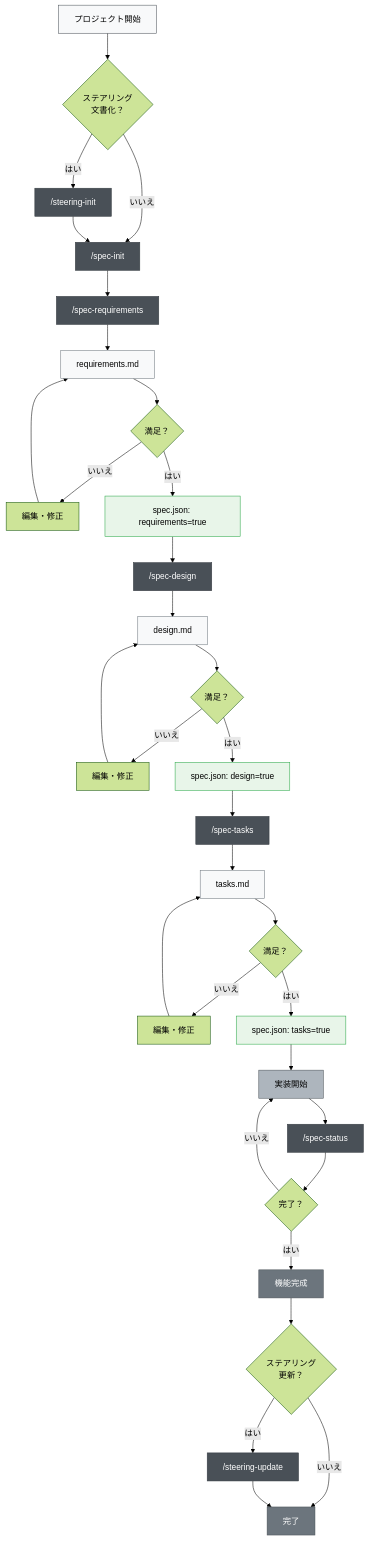
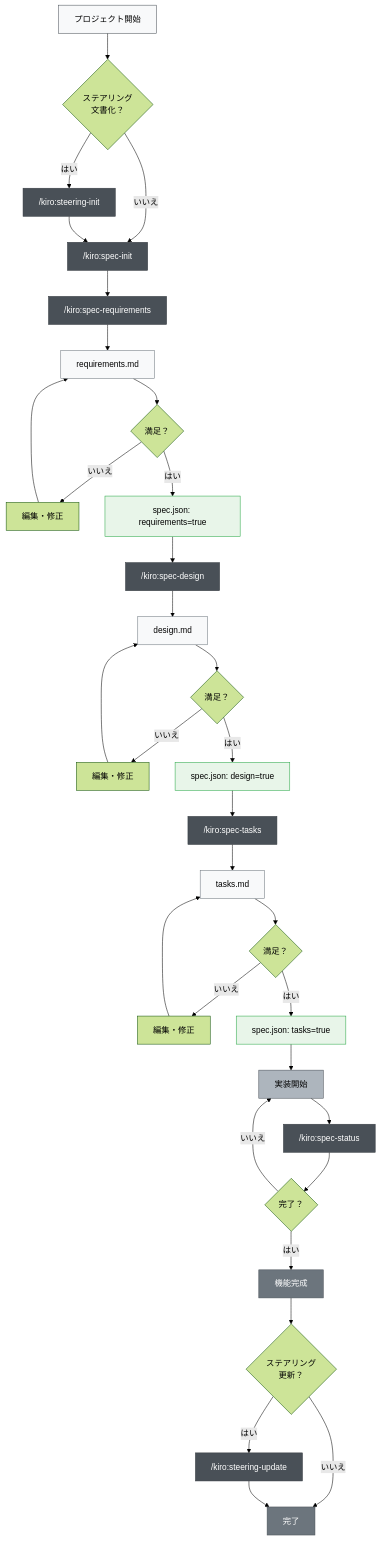
One commit to yi-john-huang/amazonq-spec changed the first of 2 diagrams in README.md. Above: the diagram before and after it, drawn with Mermaid (forest theme). The commit also changed other lines of this file and 15 other files, not shown here.

````diff
--- a/README.md
+++ b/README.md
@@ -120,58 +120,58 @@
 ```mermaid
 graph TD
     A["プロジェクト開始"] --> B{"ステアリング<br/>文書化？"}
-    B -->|はい| C["/steering-init"]
-    B -->|いいえ| D["/spec-init"]
+    B -->|はい| C["/kiro:steering-init"]
+    B -->|いいえ| D["/kiro:spec-init"]
     C --> D
     
-    D --> E["/spec-requirements"]
+    D --> E["/kiro:spec-requirements"]
     E --> F["requirements.md"]
     F --> G{"満足？"}
     G -->|いいえ| G1["編集・修正"]
     G1 --> F
     G -->|はい| H["spec.json: requirements=true"]
     
-    H --> I["/spec-design"]
+    H --> I["/kiro:spec-design"]
     I --> J["design.md"]
     J --> K{"満足？"}
     K -->|いいえ| K1["編集・修正"]
     K1 --> J
     K -->|はい| L["spec.json: design=true"]
     
-    L --> M["/spec-tasks"]
+    L --> M["/kiro:spec-tasks"]
     M --> N["tasks.md"]
     N --> O{"満足？"}
     O -->|いいえ| O1["編集・修正"]
     O1 --> N
     O -->|はい| P["spec.json: tasks=true"]
     
     P --> Q["実装開始"]
-    Q --> R["/spec-status"]
+    Q --> R["/kiro:spec-status"]
     R --> S{"完了？"}
     S -->|いいえ| Q
     S -->|はい| T["機能完成"]
     
     T --> U{"ステアリング<br/>更新？"}
-    U -->|はい| V["/steering-update"]
+    U -->|はい| V["/kiro:steering-update"]
     U -->|いいえ| W["完了"]
     V --> W
     
     %% スタイル定義
     style A fill:#f8f9fa,stroke:#495057
     style C fill:#495057,stroke:#343a40,color:#ffffff
     style D fill:#495057,stroke:#343a40,color:#ffffff
     style E fill:#495057,stroke:#343a40,color:#ffffff
     style I fill:#495057,stroke:#343a40,color:#ffffff
     style M fill:#495057,stroke:#343a40,color:#ffffff
     style R fill:#495057,stroke:#343a40,color:#ffffff
     style V fill:#495057,stroke:#343a40,color:#ffffff
     style F fill:#f8f9fa,stroke:#6c757d
     style J fill:#f8f9fa,stroke:#6c757d
     style N fill:#f8f9fa,stroke:#6c757d
     style H fill:#e8f5e9,stroke:#28a745
     style L fill:#e8f5e9,stroke:#28a745
     style P fill:#e8f5e9,stroke:#28a745
     style Q fill:#adb5bd,stroke:#495057
     style T fill:#6c757d,stroke:#495057,color:#ffffff
     style W fill:#6c757d,stroke:#495057,color:#ffffff
 ```
````
